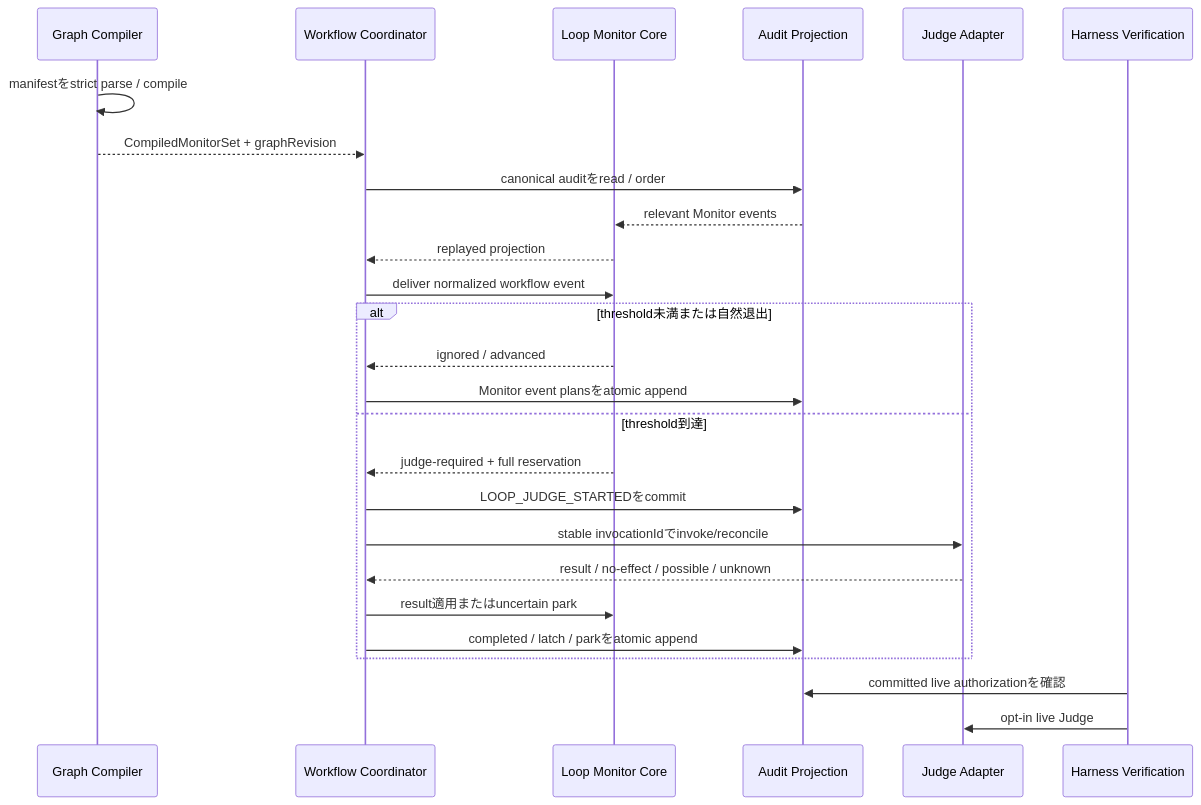
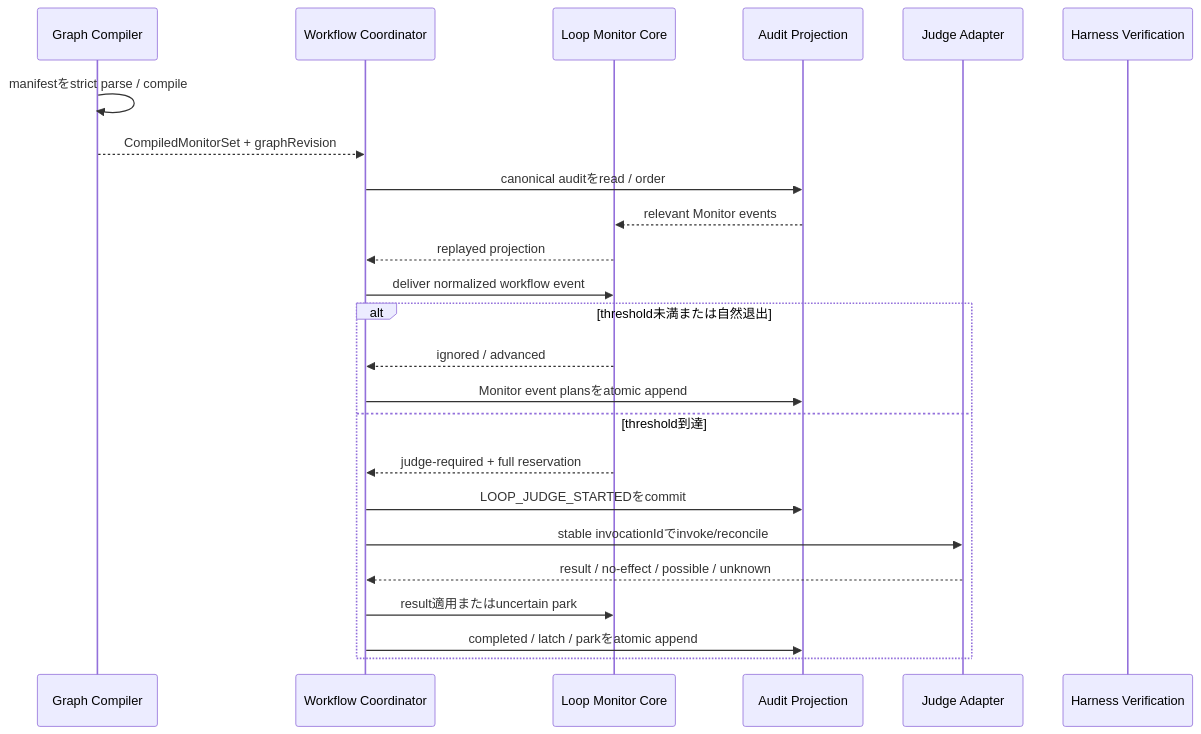
One commit to amadeus-dlc/amadeus changed the diagram in amadeus/spaces/default/intents/260803-intent-autonomy/construction/loop-monitor-runtime/functional-design/business-logic-model.md. Above: the diagram before and after it, drawn with Mermaid. The commit also changed other lines of this file and 7 other files, not shown here.

````diff
--- a/amadeus/spaces/default/intents/260803-intent-autonomy/construction/loop-monitor-runtime/functional-design/business-logic-model.md
+++ b/amadeus/spaces/default/intents/260803-intent-autonomy/construction/loop-monitor-runtime/functional-design/business-logic-model.md
@@ -11,28 +11,26 @@
 ```mermaid
 sequenceDiagram
     participant G as Graph Compiler
     participant W as Workflow Coordinator
     participant L as Loop Monitor Core
     participant A as Audit Projection
     participant J as Judge Adapter
     participant H as Harness Verification
     G->>G: manifestをstrict parse / compile
     G-->>W: CompiledMonitorSet + graphRevision
     W->>A: canonical auditをread / order
     A-->>L: relevant Monitor events
     L-->>W: replayed projection
     W->>L: deliver normalized workflow event
     alt threshold未満または自然退出
         L-->>W: ignored / advanced
         W->>A: Monitor event plansをatomic append
     else threshold到達
         L-->>W: judge-required + full reservation
         W->>A: LOOP_JUDGE_STARTEDをcommit
         W->>J: stable invocationIdでinvoke/reconcile
         J-->>W: result / no-effect / possible / unknown
         W->>L: result適用またはuncertain park
         W->>A: completed / latch / parkをatomic append
     end
-    H->>A: committed live authorizationを確認
-    H->>J: opt-in live Judge
 ```
````
